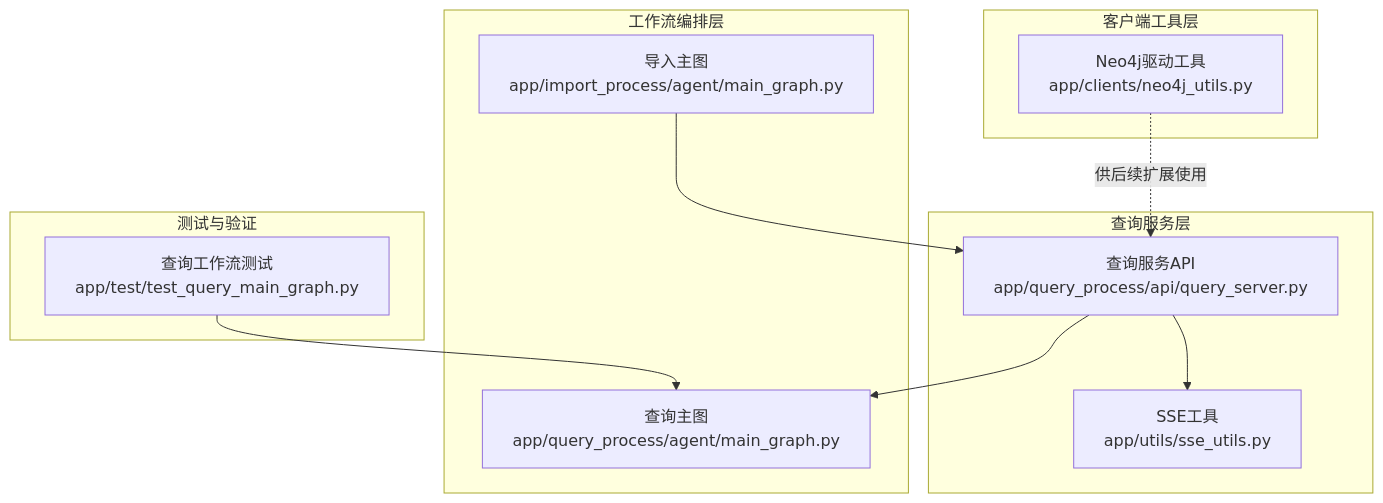
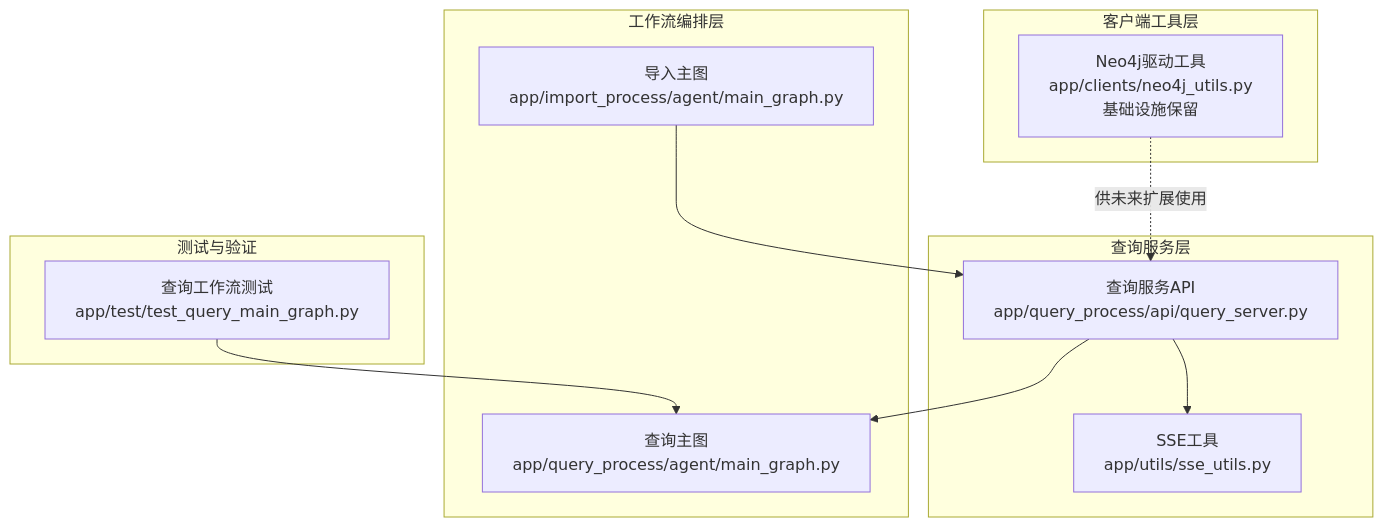
One commit to YveS-y/rag-agent changed the first of 7 diagrams in .qoder/repowiki/zh/content/外部服务集成/Neo4j知识图谱集成.md. Above: the diagram before and after it, drawn with Mermaid. The commit also changed other lines of this file and 29 other files, not shown here.

````diff
--- a/.qoder/repowiki/zh/content/外部服务集成/Neo4j知识图谱集成.md
+++ b/.qoder/repowiki/zh/content/外部服务集成/Neo4j知识图谱集成.md
@@ -43,22 +51,22 @@
 ```mermaid
 graph TB
 subgraph "客户端工具层"
-N4J["Neo4j驱动工具<br/>app/clients/neo4j_utils.py"]
+N4J["Neo4j驱动工具<br/>app/clients/neo4j_utils.py<br/>基础设施保留"]
 end
 subgraph "查询服务层"
 QS["查询服务API<br/>app/query_process/api/query_server.py"]
 SSE["SSE工具<br/>app/utils/sse_utils.py"]
 end
 subgraph "工作流编排层"
 IM["导入主图<br/>app/import_process/agent/main_graph.py"]
 QM["查询主图<br/>app/query_process/agent/main_graph.py"]
 end
 subgraph "测试与验证"
 TQ["查询工作流测试<br/>app/test/test_query_main_graph.py"]
 end
 QS --> SSE
 QS --> QM
 IM --> QS
 TQ --> QM
-N4J -. 供后续扩展使用 .-> QS
+N4J -. 供未来扩展使用 .-> QS
 ```
````
